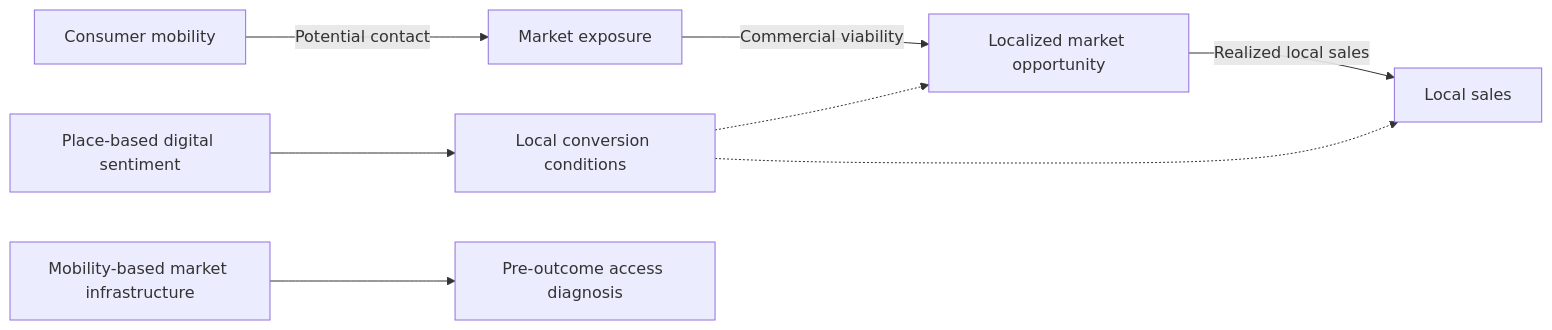
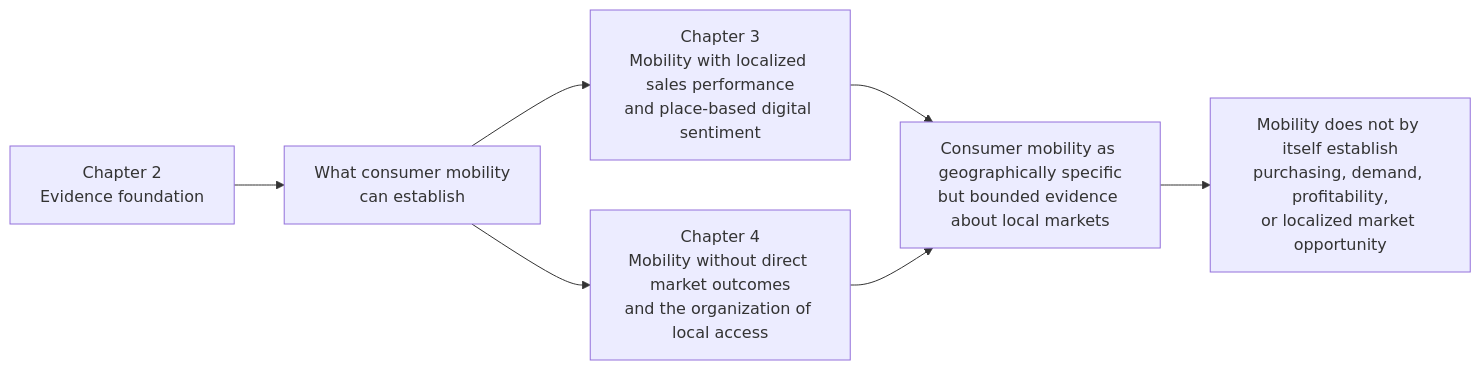
One commit to RPAlbuquerque/consumer-mobility-dissertation changed the diagram in README.md. Above: the diagram before and after it, drawn with Mermaid. The commit also changed other lines of this file, not shown here.

````diff
--- a/README.md
+++ b/README.md
@@ -17,10 +17,9 @@
 ```mermaid
 flowchart LR
-    A["Consumer mobility"] -->|"Potential contact"| B["Market exposure"]
-    B -->|"Commercial viability"| C["Localized market opportunity"]
-    C -->|"Realized local sales"| D["Local sales"]
-    E["Local conversion conditions"] -.-> C
-    E -.-> D
-    F["Place-based digital sentiment"] --> E
-    G["Mobility-based market infrastructure"] --> H["Pre-outcome access diagnosis"]
+    A["Chapter 2<br/>Evidence foundation"] --> B["What consumer mobility<br/>can establish"]
+    B --> C["Chapter 3<br/>Mobility with localized sales performance<br/>and place-based digital sentiment"]
+    B --> D["Chapter 4<br/>Mobility without direct market outcomes<br/>and the organization of local access"]
+    C --> E["Consumer mobility as geographically specific<br/>but bounded evidence about local markets"]
+    D --> E
+    E --> F["Mobility does not by itself establish<br/>purchasing, demand, profitability,<br/>or localized market opportunity"]
 ```
````
